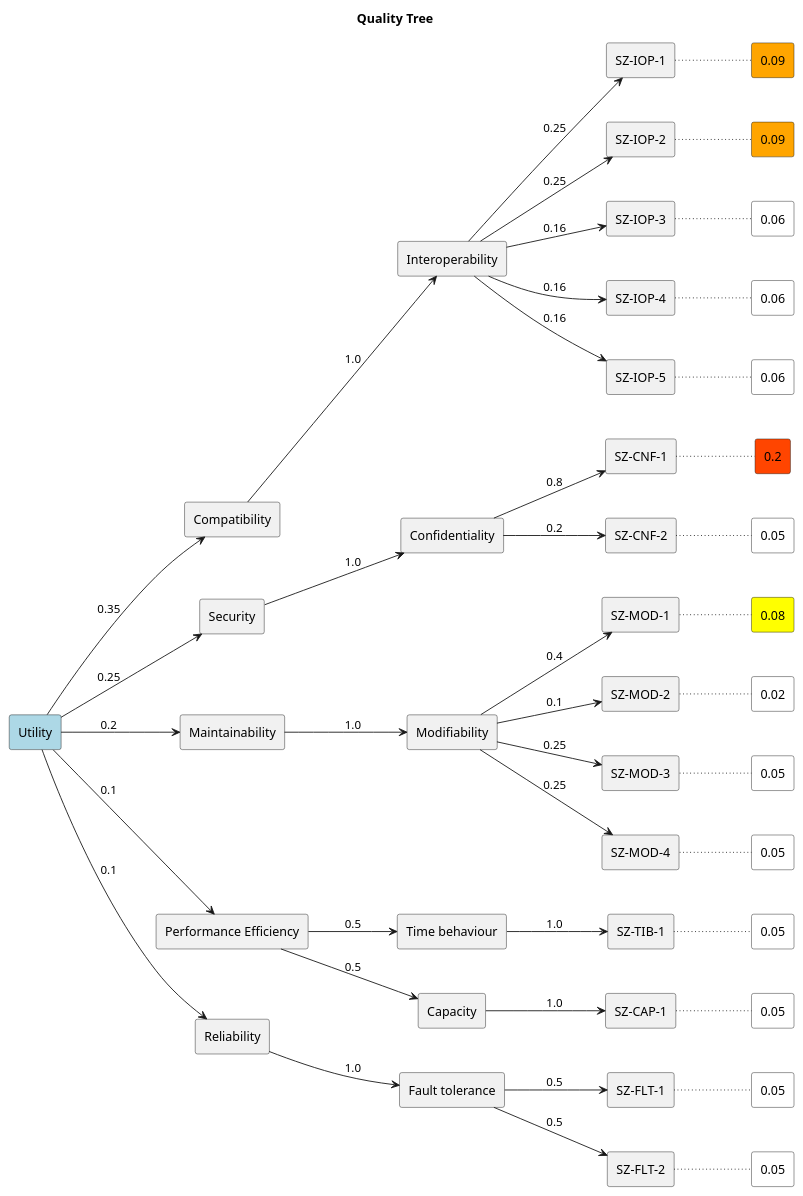
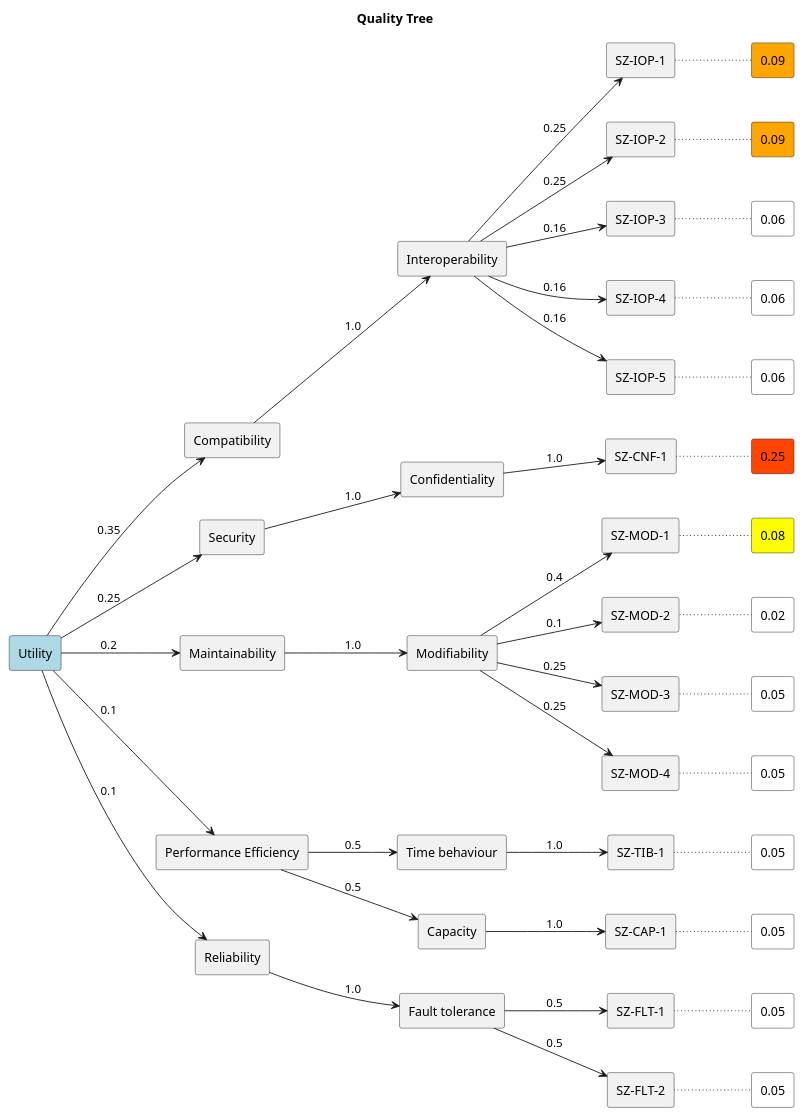
The diagram in arc42_documentation/src/quality_requirements/quality_tree.puml (markuskaufmann/CAS_SA_Transfer), drawn with PlantUML before and after one commit. The commit also changed 1 other file, not shown here.

```diff
--- a/arc42_documentation/src/quality_requirements/quality_tree.puml
+++ b/arc42_documentation/src/quality_requirements/quality_tree.puml
@@ -1,104 +1,100 @@
 @startuml Quality Tree
 title Quality Tree
 
 left to right direction
 skinparam linetype line
 skinparam nodesep 50
 skinparam ranksep 80
 
 rectangle Utility #LightBlue
 
 rectangle Compatibility
 rectangle Interoperability
 rectangle "SZ-IOP-1"
 rectangle "0.09" as IOP_1_RESULT #Orange
 rectangle "SZ-IOP-2"
 rectangle "0.09" as IOP_2_RESULT #Orange
 rectangle "SZ-IOP-3"
 rectangle "0.06" as IOP_3_RESULT #FFFFFF
 rectangle "SZ-IOP-4"
 rectangle "0.06" as IOP_4_RESULT #FFFFFF
 rectangle "SZ-IOP-5"
 rectangle "0.06" as IOP_5_RESULT #FFFFFF
 
 rectangle Security
 rectangle Confidentiality
 rectangle "SZ-CNF-1"
-rectangle "0.2" as CNF_1_RESULT #OrangeRed
-rectangle "SZ-CNF-2"
-rectangle "0.05" as CNF_2_RESULT #FFFFFF
+rectangle "0.25" as CNF_1_RESULT #OrangeRed
 
 rectangle Maintainability
 rectangle Modifiability
 rectangle "SZ-MOD-1"
 rectangle "0.08" as MOD_1_RESULT #Yellow
 rectangle "SZ-MOD-2"
 rectangle "0.02" as MOD_2_RESULT #FFFFFF
 rectangle "SZ-MOD-3"
 rectangle "0.05" as MOD_3_RESULT #FFFFFF
 rectangle "SZ-MOD-4"
 rectangle "0.05" as MOD_4_RESULT #FFFFFF
 
 rectangle "Performance Efficiency"
 rectangle "Time behaviour"
 rectangle "SZ-TIB-1"
 rectangle "0.05" as TIB_1_RESULT #FFFFFF
 rectangle Capacity
 rectangle "SZ-CAP-1"
 rectangle "0.05" as CAP_1_RESULT #FFFFFF
 
 rectangle Reliability
 rectangle "Fault tolerance"
 rectangle "SZ-FLT-1"
 rectangle "0.05" as FLT_1_RESULT #FFFFFF
 rectangle "SZ-FLT-2"
 rectangle "0.05" as FLT_2_RESULT #FFFFFF
 
 Utility --> Compatibility : 0.35
 Utility --> Security : 0.25
 Utility --> Maintainability : 0.2
 Utility --> "Performance Efficiency" : 0.1
 Utility --> Reliability : 0.1
 
 Compatibility --> Interoperability : 1.0
 Interoperability --> "SZ-IOP-1" : 0.25
 "SZ-IOP-1" --[dotted] IOP_1_RESULT
 Interoperability --> "SZ-IOP-2" : 0.25
 "SZ-IOP-2" --[dotted] IOP_2_RESULT
 Interoperability --> "SZ-IOP-3" : 0.16
 "SZ-IOP-3" --[dotted] IOP_3_RESULT
 Interoperability --> "SZ-IOP-4" : 0.16
 "SZ-IOP-4" --[dotted] IOP_4_RESULT
 Interoperability --> "SZ-IOP-5" : 0.16
 "SZ-IOP-5" --[dotted] IOP_5_RESULT
 
 Security --> Confidentiality : 1.0
-Confidentiality --> "SZ-CNF-1" : 0.8
+Confidentiality --> "SZ-CNF-1" : 1.0
 "SZ-CNF-1" --[dotted] CNF_1_RESULT
-Confidentiality --> "SZ-CNF-2" : 0.2
-"SZ-CNF-2" --[dotted] CNF_2_RESULT
 
 Maintainability --> Modifiability : 1.0
 Modifiability --> "SZ-MOD-1" : 0.4
 "SZ-MOD-1" --[dotted] MOD_1_RESULT
 Modifiability --> "SZ-MOD-2" : 0.1
 "SZ-MOD-2" --[dotted] MOD_2_RESULT
 Modifiability --> "SZ-MOD-3" : 0.25
 "SZ-MOD-3" --[dotted] MOD_3_RESULT
 Modifiability --> "SZ-MOD-4" : 0.25
 "SZ-MOD-4" --[dotted] MOD_4_RESULT
 
 "Performance Efficiency" --> "Time behaviour" : 0.5
 "Time behaviour" --> "SZ-TIB-1" : 1.0
 "SZ-TIB-1" --[dotted] TIB_1_RESULT
 "Performance Efficiency" --> Capacity : 0.5
 Capacity --> "SZ-CAP-1" : 1.0
 "SZ-CAP-1" --[dotted] CAP_1_RESULT
 
 Reliability --> "Fault tolerance" : 1.0
 "Fault tolerance" --> "SZ-FLT-1" : 0.5
 "SZ-FLT-1" --[dotted] FLT_1_RESULT
 "Fault tolerance" --> "SZ-FLT-2" : 0.5
 "SZ-FLT-2" --[dotted] FLT_2_RESULT
 
 @enduml
```
